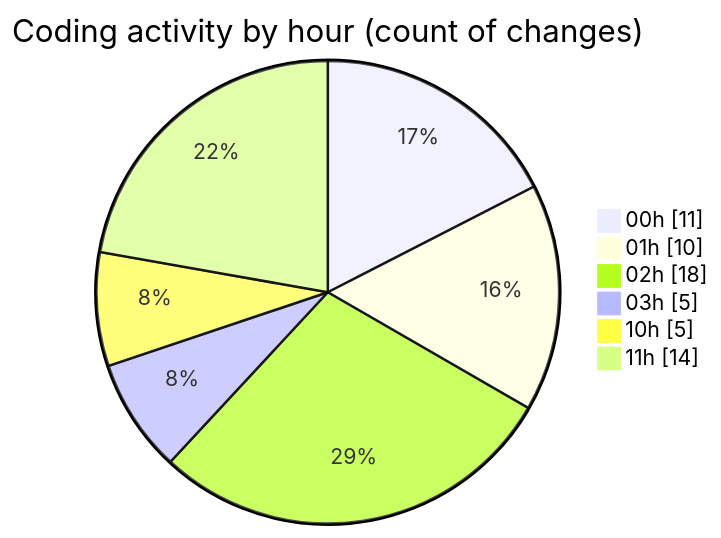
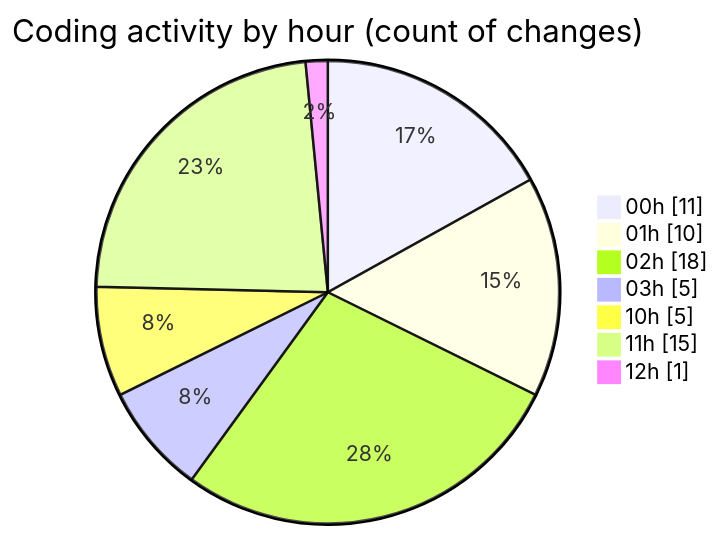
Before and after one commit to julien-gomy/code-tracking: the second of 2 diagrams in 2025-11-02/cdp_aleoudev_fr__workspace_/README.md, drawn with Mermaid. The commit also changed other lines of this file and 1 other file, not shown here.

````diff
--- a/2025-11-02/cdp_aleoudev_fr__workspace_/README.md
+++ b/2025-11-02/cdp_aleoudev_fr__workspace_/README.md
@@ -33,10 +33,11 @@
 ```mermaid
 pie showData
 title Coding activity by hour (count of changes)
 "00h" : 11
 "01h" : 10
 "02h" : 18
 "03h" : 5
 "10h" : 5
-"11h" : 14
+"11h" : 15
+"12h" : 1
 ```
````
